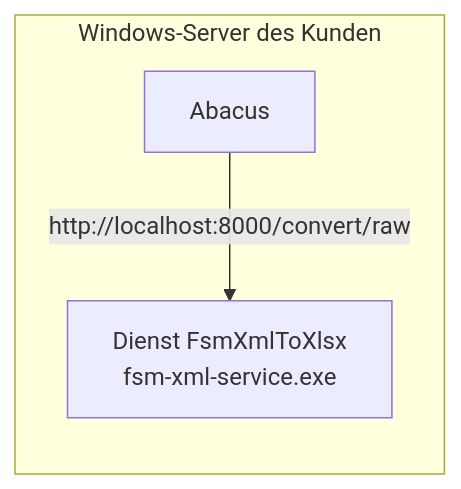
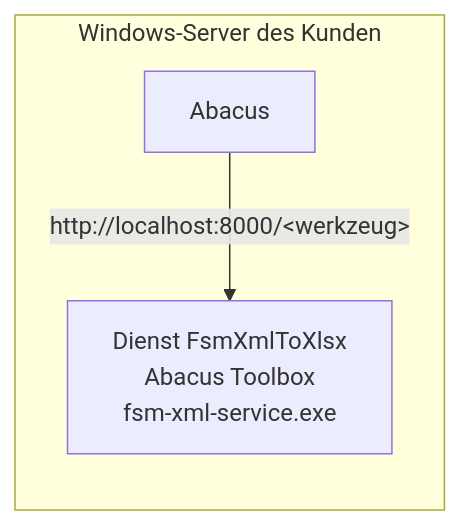
One commit to doodelidodo/abacus-toolbox changed the diagram in docs/betrieb-windows-dienst.md. Above: the diagram before and after it, drawn with Mermaid. The commit also changed other lines of this file and 28 other files, not shown here.

Commit message:
Abacus Toolbox 2.0: Modulstruktur, Werkzeug Zeichensatz, Doku

````diff
--- a/docs/betrieb-windows-dienst.md
+++ b/docs/betrieb-windows-dienst.md
@@ -11,6 +12,6 @@
 ```mermaid
 flowchart LR
     subgraph VM[Windows-Server des Kunden]
-        A[Abacus] -- "http://localhost:8000/convert/raw" --> D[Dienst FsmXmlToXlsx<br/>fsm-xml-service.exe]
+        A[Abacus] -- "http://localhost:8000/&lt;werkzeug&gt;" --> D[Dienst FsmXmlToXlsx<br/>Abacus Toolbox<br/>fsm-xml-service.exe]
     end
 ```
````
